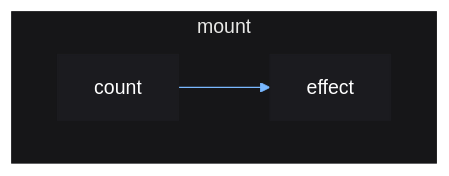
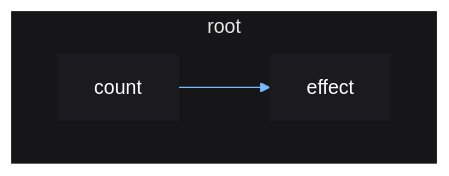
The diagram in docs/tut/crash-course/6-root.md (centau/vide), drawn with Mermaid before and after one commit. The commit also changed other lines of this file and 10 other files, not shown here.

````diff
--- a/docs/tut/crash-course/6-root.md
+++ b/docs/tut/crash-course/6-root.md
@@ -41,20 +41,20 @@
 ```mermaid
 %%{init: {
     "theme": "base",
     "themeVariables": {
         "primaryColor": "#1B1B1F",
         "primaryTextColor": "#fff",
         "primaryBorderColor": "#1B1B1F",
         "lineColor": "#79B8FF",
         "tertiaryColor": "#161618",
         "tertiaryBorderColor": "#161618"
     }
 }}%%
 
 graph
 
-subgraph root["mount"]
+subgraph root
     direction LR
     count --> effect
 end
 ```
````
